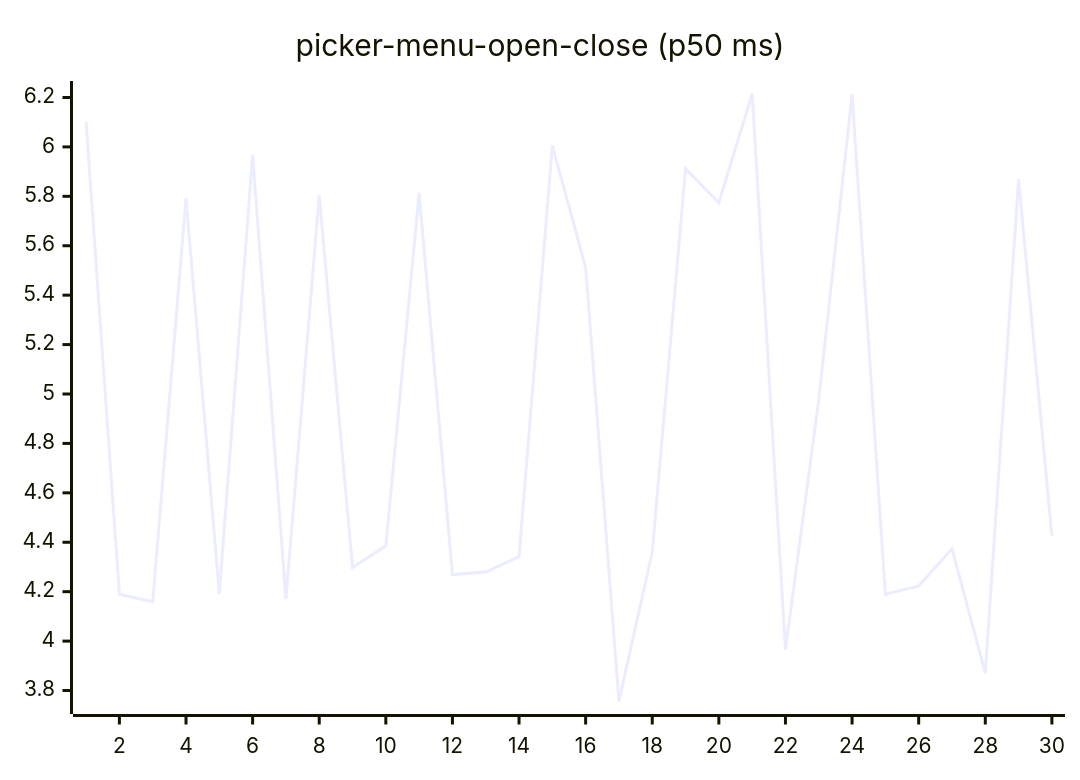
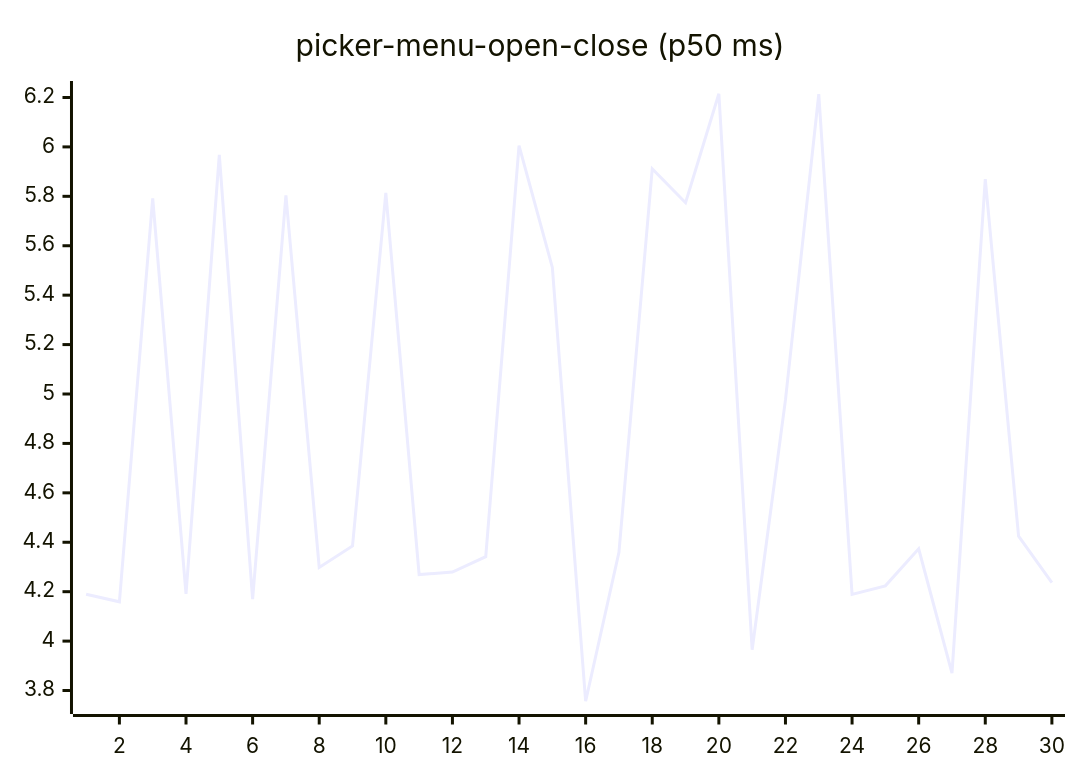
One commit to josha/Facet changed diagram 16 of 27 in README.md. Above: the diagram before and after it, drawn with Mermaid. The commit also changed other lines of this file and 2 other files, not shown here.

````diff
--- a/README.md
+++ b/README.md
@@ -168,6 +168,6 @@
 ```mermaid
 xychart-beta
     title "picker-menu-open-close (p50 ms)"
     x-axis 1 --> 30
-    line [6.1012, 4.1897, 4.1591, 5.7919, 4.1912, 5.9674, 4.1698, 5.8037, 4.2981, 4.3851, 5.8139, 4.2694, 4.2792, 4.3416, 6.0052, 5.5122, 3.7566, 4.3593, 5.9114, 5.7740, 6.2151, 3.9652, 4.9760, 6.2132, 4.1891, 4.2236, 4.3733, 3.8708, 5.8694, 4.4248]
+    line [4.1897, 4.1591, 5.7919, 4.1912, 5.9674, 4.1698, 5.8037, 4.2981, 4.3851, 5.8139, 4.2694, 4.2792, 4.3416, 6.0052, 5.5122, 3.7566, 4.3593, 5.9114, 5.7740, 6.2151, 3.9652, 4.9760, 6.2132, 4.1891, 4.2236, 4.3733, 3.8708, 5.8694, 4.4248, 4.2362]
 ```
````
